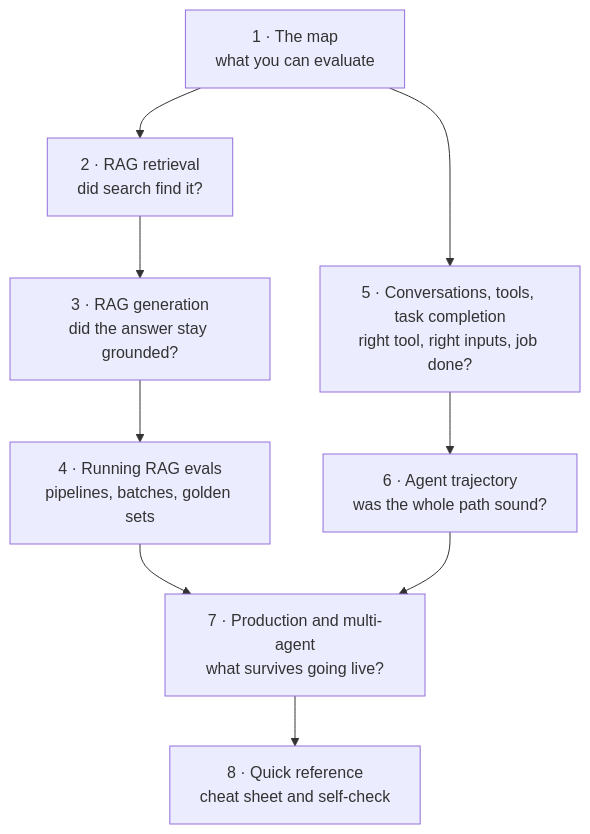
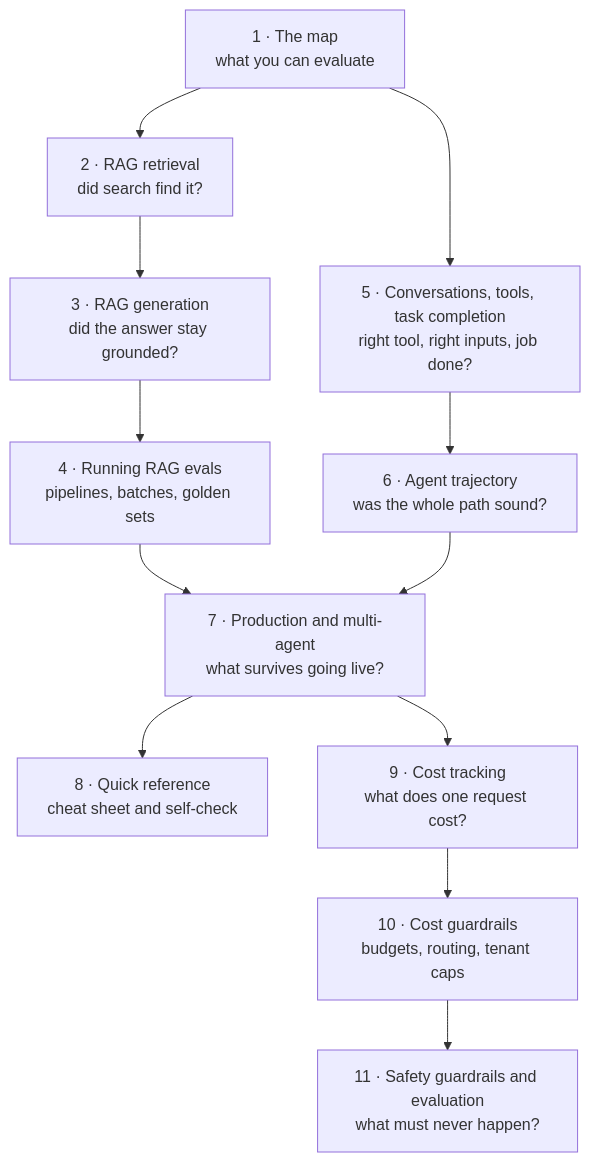
One commit to Sourav692/Agent_Evaluation_Demystified changed the diagram in docs/concepts/field-guide/00-introduction.md. Above: the diagram before and after it, drawn with Mermaid. The commit also changed other lines of this file and 20 other files, not shown here.

First line of the commit message:
docs: add field guide parts 9-11, the cost and guardrails track

````diff
--- a/docs/concepts/field-guide/00-introduction.md
+++ b/docs/concepts/field-guide/00-introduction.md
@@ -27,11 +28,14 @@
 ```mermaid
 flowchart TD
     P1["1 · The map<br/>what you can evaluate"] --> P2["2 · RAG retrieval<br/>did search find it?"]
     P2 --> P3["3 · RAG generation<br/>did the answer stay grounded?"]
     P3 --> P4["4 · Running RAG evals<br/>pipelines, batches, golden sets"]
     P1 --> P5["5 · Conversations, tools, task completion<br/>right tool, right inputs, job done?"]
     P5 --> P6["6 · Agent trajectory<br/>was the whole path sound?"]
     P4 --> P7["7 · Production and multi-agent<br/>what survives going live?"]
     P6 --> P7
     P7 --> P8["8 · Quick reference<br/>cheat sheet and self-check"]
+    P7 --> P9["9 · Cost tracking<br/>what does one request cost?"]
+    P9 --> P10["10 · Cost guardrails<br/>budgets, routing, tenant caps"]
+    P10 --> P11["11 · Safety guardrails and evaluation<br/>what must never happen?"]
 ```
````
